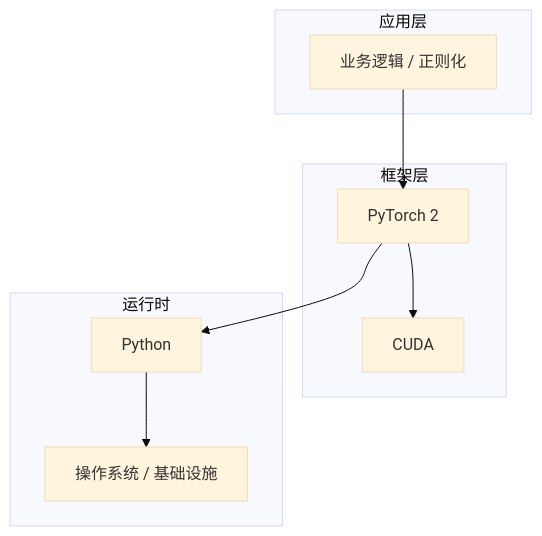
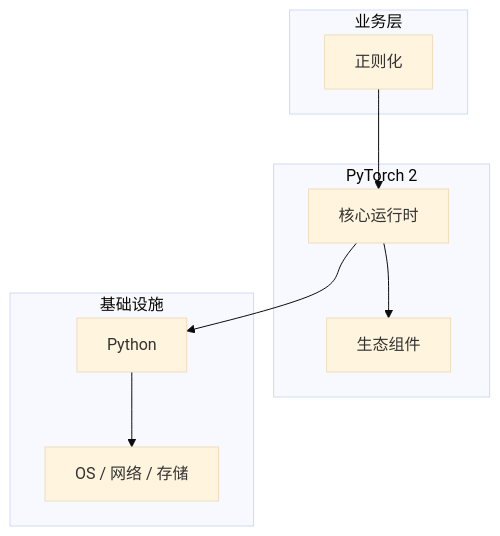
The diagram in articles/深度学习/chapters/091-正则化核心概念与原理.md (yanggan2015/knowledge-json-v2), drawn with Mermaid (base theme) before and after one commit. The commit also changed other lines of this file and 10127 other files, not shown here.

````diff
--- a/articles/深度学习/chapters/091-正则化核心概念与原理.md
+++ b/articles/深度学习/chapters/091-正则化核心概念与原理.md
@@ -45,18 +30,18 @@
 ```mermaid
 graph TB
-    subgraph 应用层
-        A[业务逻辑 / 正则化]
+    subgraph 业务层
+        A[正则化]
     end
-    subgraph 框架层
-        B[PyTorch 2]
-        C[CUDA]
+    subgraph PyTorch 2
+        B[核心运行时]
+        C[生态组件]
     end
-    subgraph 运行时
+    subgraph 基础设施
         D[Python]
-        E[操作系统 / 基础设施]
+        E[OS / 网络 / 存储]
     end
     A --> B
     B --> C
     B --> D
     D --> E
 ```
````
